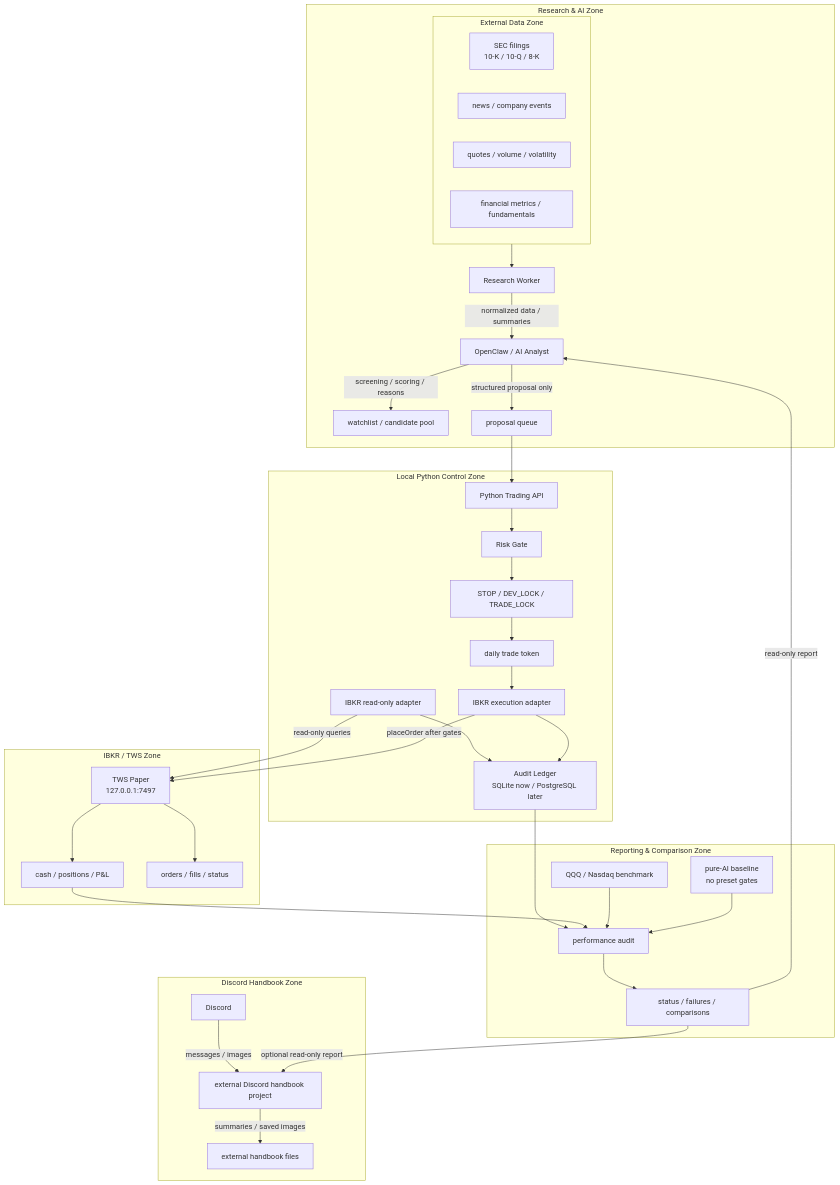
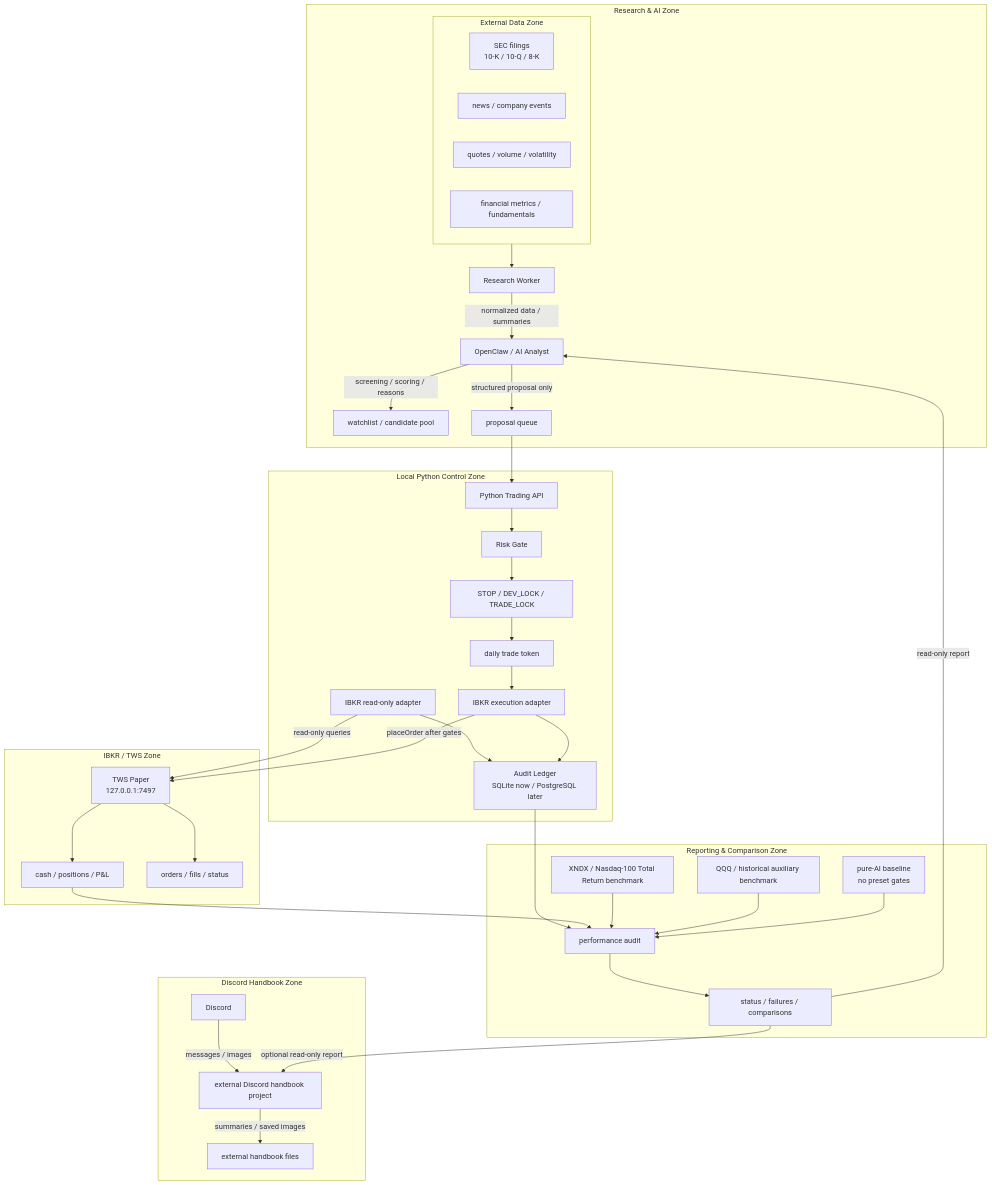
One commit to liuhaitian888-wq/openclaw-ibkr-paper-trading changed the first of 2 diagrams in ARCHITECTURE.md. Above: the diagram before and after it, drawn with Mermaid. The commit also changed other lines of this file and 152 other files, not shown here.

````diff
--- a/ARCHITECTURE.md
+++ b/ARCHITECTURE.md
@@ -9,68 +9,70 @@
 ```mermaid
 flowchart TD
     subgraph DISCORD["Discord Handbook Zone"]
         D["Discord"]
         DB["external Discord handbook project"]
         D -->|"messages / images"| DB
         DB -->|"summaries / saved images"| EXT["external handbook files"]
     end
 
     subgraph DATA["External Data Zone"]
         SEC["SEC filings<br/>10-K / 10-Q / 8-K"]
         NEWS["news / company events"]
         MARKET["quotes / volume / volatility"]
         FUND["financial metrics / fundamentals"]
     end
 
     subgraph RESEARCH["Research & AI Zone"]
         RW["Research Worker"]
         OC["OpenClaw / AI Analyst"]
         WATCH["watchlist / candidate pool"]
         PROP["proposal queue"]
         DATA --> RW
         RW -->|"normalized data / summaries"| OC
         OC -->|"screening / scoring / reasons"| WATCH
         OC -->|"structured proposal only"| PROP
     end
 
     subgraph PYTHON["Local Python Control Zone"]
         API["Python Trading API"]
         RISK["Risk Gate"]
         LOCK["STOP / DEV_LOCK / TRADE_LOCK"]
         TOKEN["daily trade token"]
         RO["IBKR read-only adapter"]
         EX["IBKR execution adapter"]
         AUDIT["Audit Ledger<br/>SQLite now / PostgreSQL later"]
         PROP --> API
         API --> RISK
         RISK --> LOCK
         LOCK --> TOKEN
         TOKEN --> EX
         RO --> AUDIT
         EX --> AUDIT
     end
 
     subgraph IBKR["IBKR / TWS Zone"]
         TWS["TWS Paper<br/>127.0.0.1:7497"]
         ACCT["cash / positions / P&L"]
         ORD["orders / fills / status"]
         RO -->|"read-only queries"| TWS
         EX -->|"placeOrder after gates"| TWS
         TWS --> ACCT
         TWS --> ORD
     end
 
     subgraph REPORT["Reporting & Comparison Zone"]
         PERF["performance audit"]
-        QQQ["QQQ / Nasdaq benchmark"]
+        XNDX["XNDX / Nasdaq-100 Total Return benchmark"]
+        QQQ["QQQ / historical auxiliary benchmark"]
         AIBASE["pure-AI baseline<br/>no preset gates"]
         STATUS["status / failures / comparisons"]
         AUDIT --> PERF
         ACCT --> PERF
+        XNDX --> PERF
         QQQ --> PERF
         AIBASE --> PERF
         PERF --> STATUS
         STATUS -->|"read-only report"| OC
         STATUS -->|"optional read-only report"| DB
     end
 ```
````
